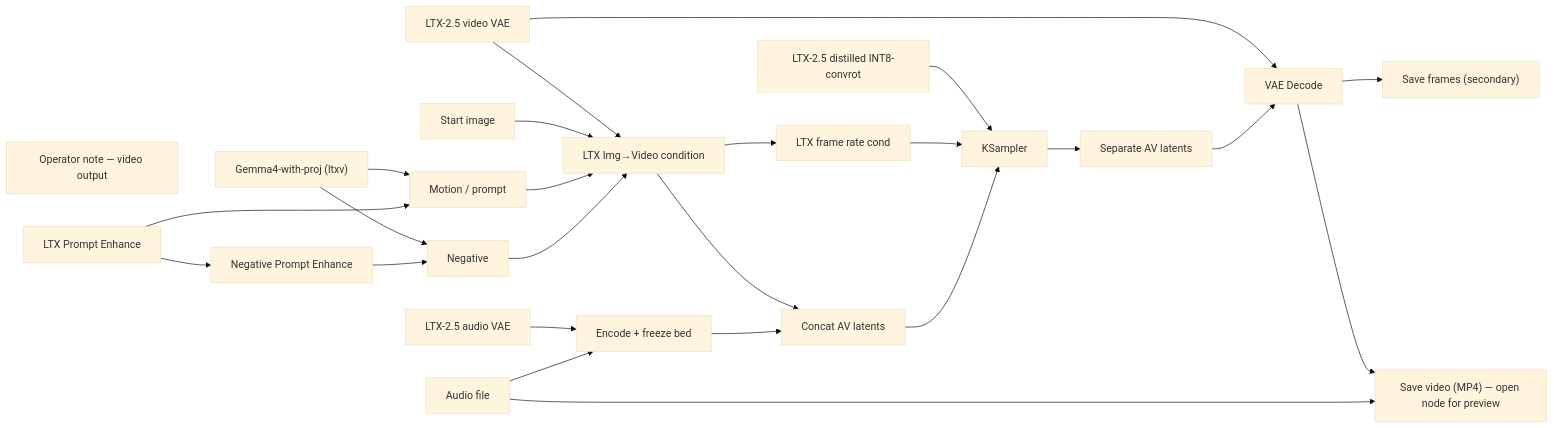
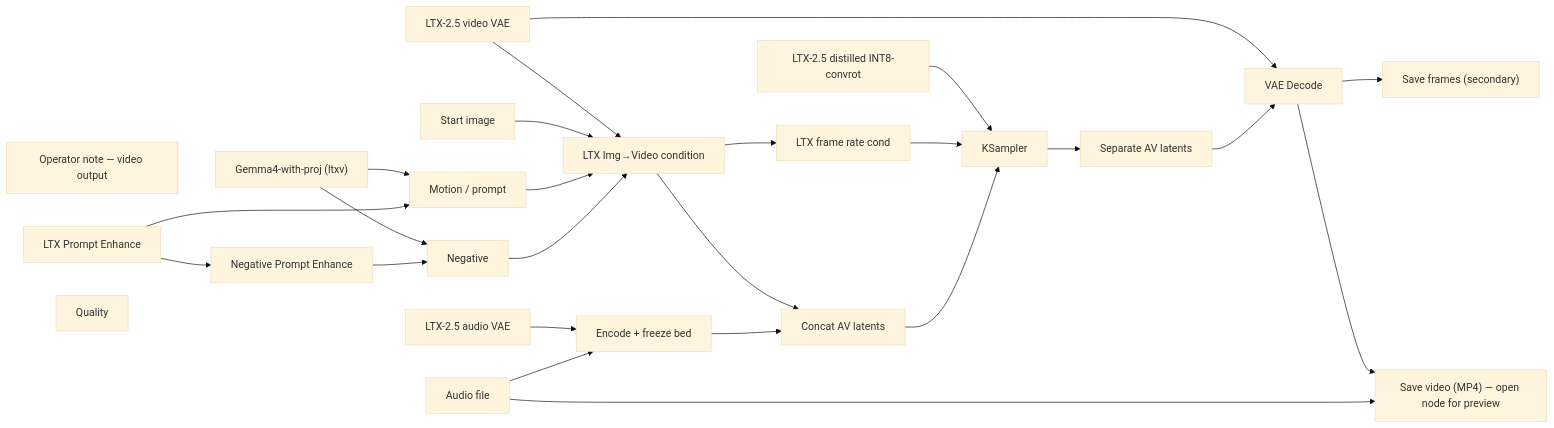
The diagram in docs/generated/workflows/ltx/a2v-5s.md (toxicoder/ez-comfy-stack), drawn with Mermaid (base theme) before and after one commit. The commit also changed other lines of this file and 644 other files, not shown here.

````diff
--- a/docs/generated/workflows/ltx/a2v-5s.md
+++ b/docs/generated/workflows/ltx/a2v-5s.md
@@ -56,46 +56,47 @@
 ```mermaid
 flowchart LR
   N1["LTX-2.5 distilled INT8-convrot"]
   N2["LTX-2.5 video VAE"]
   N3["Gemma4-with-proj (ltxv)"]
   N4["Start image"]
   N5["Motion / prompt"]
   N6["Negative"]
   N7["LTX Img→Video condition"]
   N8["LTX frame rate cond"]
   N9["KSampler"]
   N10["VAE Decode"]
   N12["Save frames (secondary)"]
   N13["LTX-2.5 audio VAE"]
   N15["Concat AV latents"]
   N16["Separate AV latents"]
   N17["Operator note — video output"]
   N18["Save video (MP4) — open node for preview"]
   N19["LTX Prompt Enhance"]
   N21["Negative Prompt Enhance"]
   N22["Audio file"]
   N23["Encode + freeze bed"]
+  N24["Quality"]
   N1 --> N9
   N2 --> N7
   N2 --> N10
   N3 --> N5
   N3 --> N6
   N4 --> N7
   N5 --> N7
   N6 --> N7
   N7 --> N8
   N7 --> N15
   N8 --> N9
   N9 --> N16
   N10 --> N12
   N10 --> N18
   N13 --> N23
   N15 --> N9
   N16 --> N10
   N19 --> N5
   N19 --> N21
   N21 --> N6
   N22 --> N23
   N22 --> N18
   N23 --> N15
 ```
````
